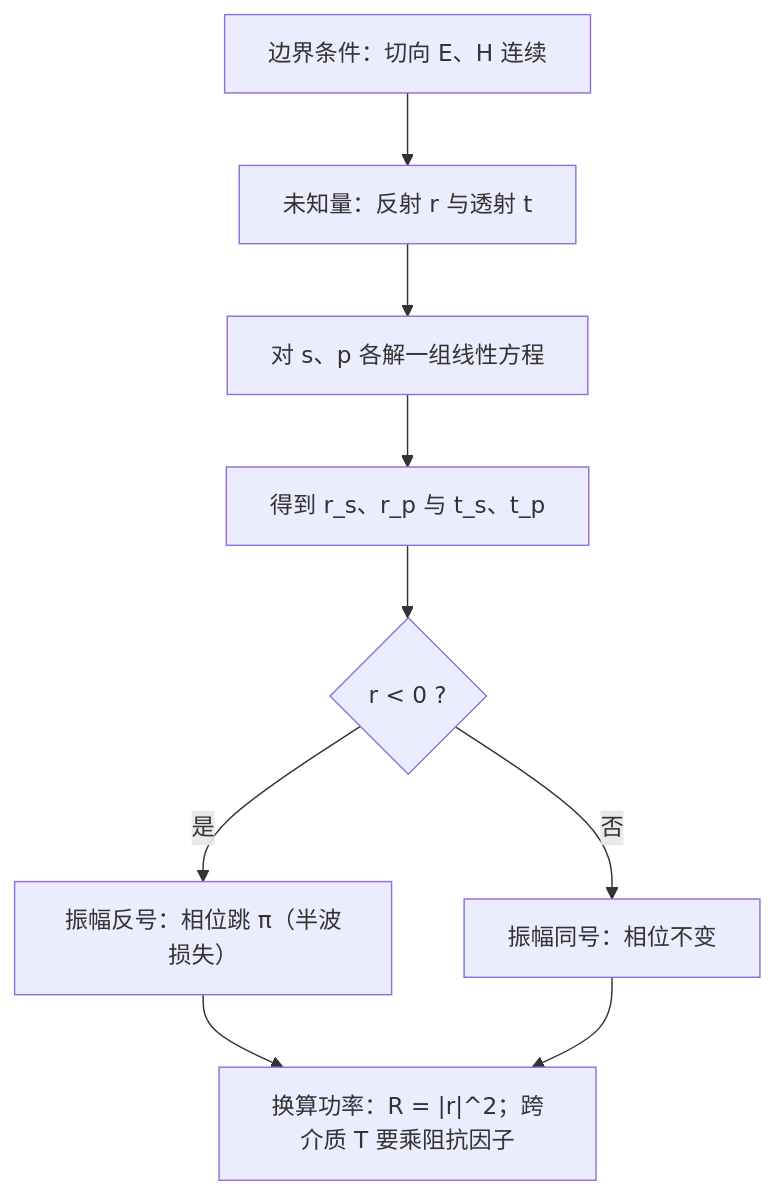
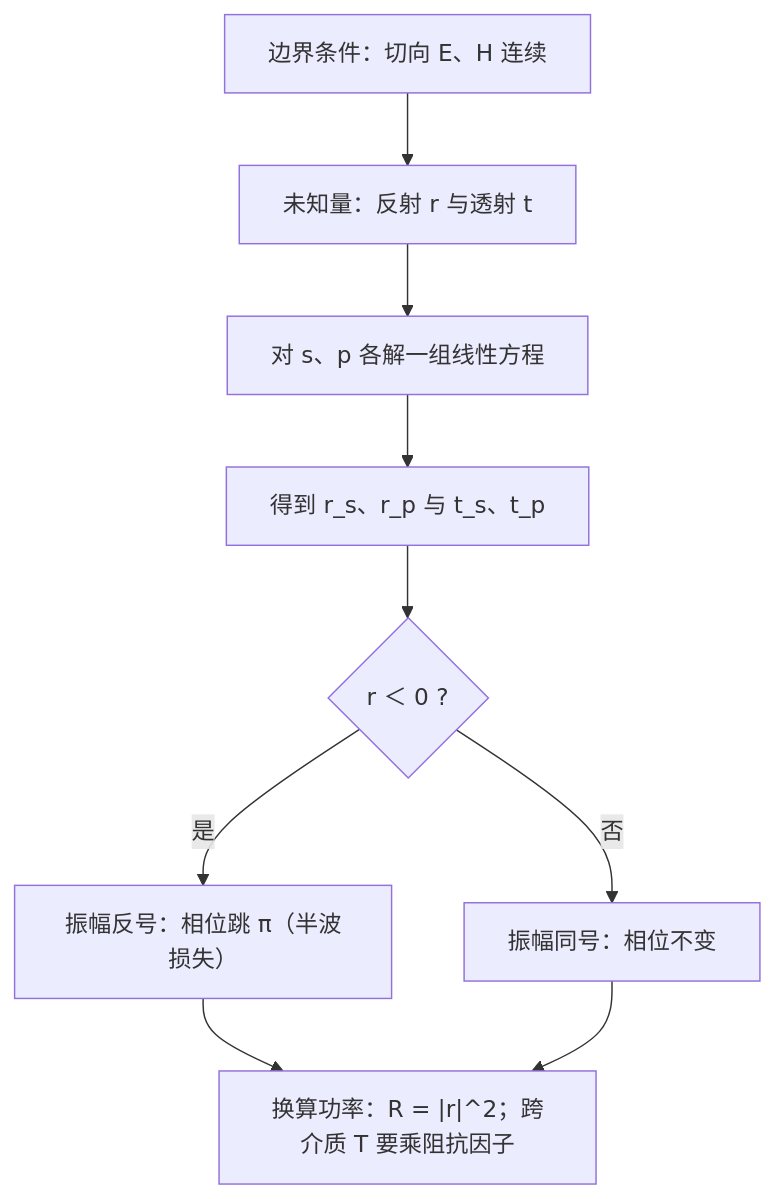
One commit to xhongduo-tech/xhongduo-tech.github.io changed the second of 2 diagrams in docs/litho/fresnel-coefficients.md. Above: the diagram before and after it, drawn with Mermaid. The commit also changed 291 other files, not shown here.

Commit message:
Normalize lesson titles to tree names and repair mermaid arrow/quote syntax site-wide.

````diff
--- a/docs/litho/fresnel-coefficients.md
+++ b/docs/litho/fresnel-coefficients.md
@@ -55,11 +55,11 @@
 ```mermaid
 flowchart TD
   BC["边界条件：切向 E、H 连续"] --> UNK["未知量：反射 r 与透射 t"]
   UNK --> SOLVE["对 s、p 各解一组线性方程"]
   SOLVE --> COEF["得到 r_s、r_p 与 t_s、t_p"]
-  COEF --> NEG{"r < 0 ?"}
+  COEF --> NEG{"r ＜ 0 ?"}
   NEG -- "是" --> PI["振幅反号：相位跳 π（半波损失）"]
   NEG -- "否" --> KEEP["振幅同号：相位不变"]
   PI --> POW["换算功率：R = |r|^2；跨介质 T 要乘阻抗因子"]
   KEEP --> POW
 ```
````
